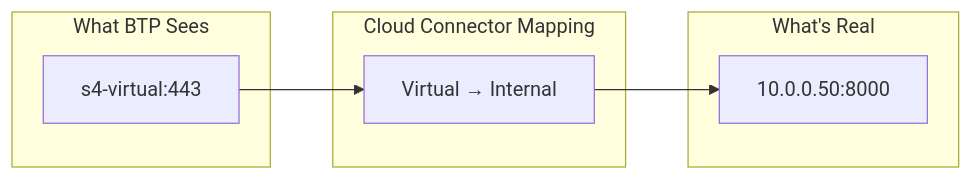
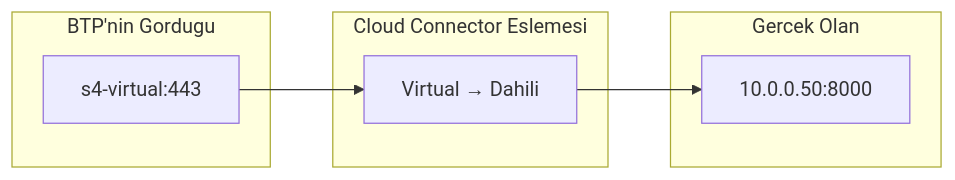
The third of 8 diagrams in Technical Tutorials/BTP/TR/chapters/16-cloud-connector.md (beyhanmeyrali/sap-all), drawn with Mermaid before and after one commit. The commit also changed other lines of this file and 11 other files, not shown here.

````diff
--- a/Technical Tutorials/BTP/TR/chapters/16-cloud-connector.md
+++ b/Technical Tutorials/BTP/TR/chapters/16-cloud-connector.md
@@ -125,17 +125,17 @@
 ```mermaid
 graph LR
-    subgraph "What BTP Sees"
+    subgraph "BTP'nin Gordugu"
         V[s4-virtual:443]
     end
 
-    subgraph "Cloud Connector Mapping"
-        CC[Virtual → Internal]
+    subgraph "Cloud Connector Eslemesi"
+        CC[Virtual → Dahili]
     end
 
-    subgraph "What's Real"
+    subgraph "Gercek Olan"
         R[10.0.0.50:8000]
     end
 
     V --> CC
     CC --> R
 ```
````
